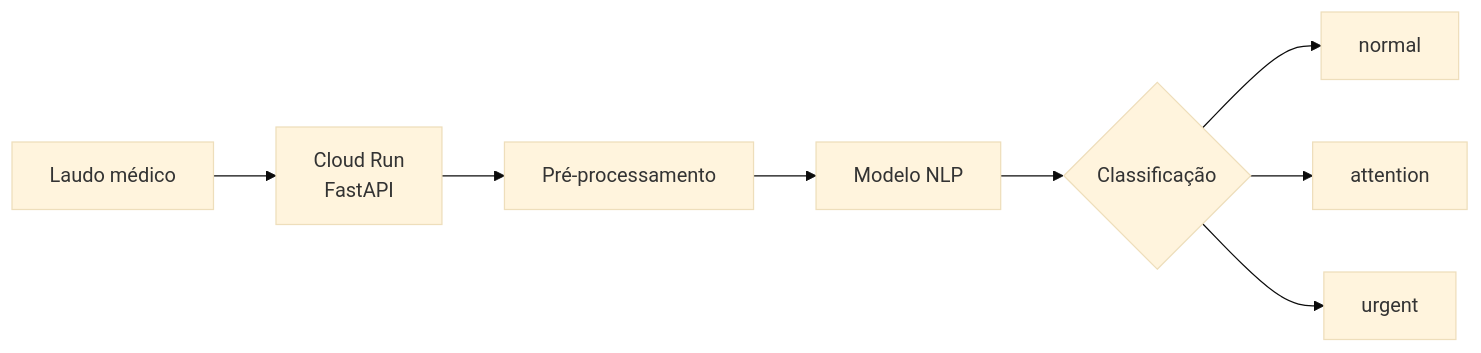
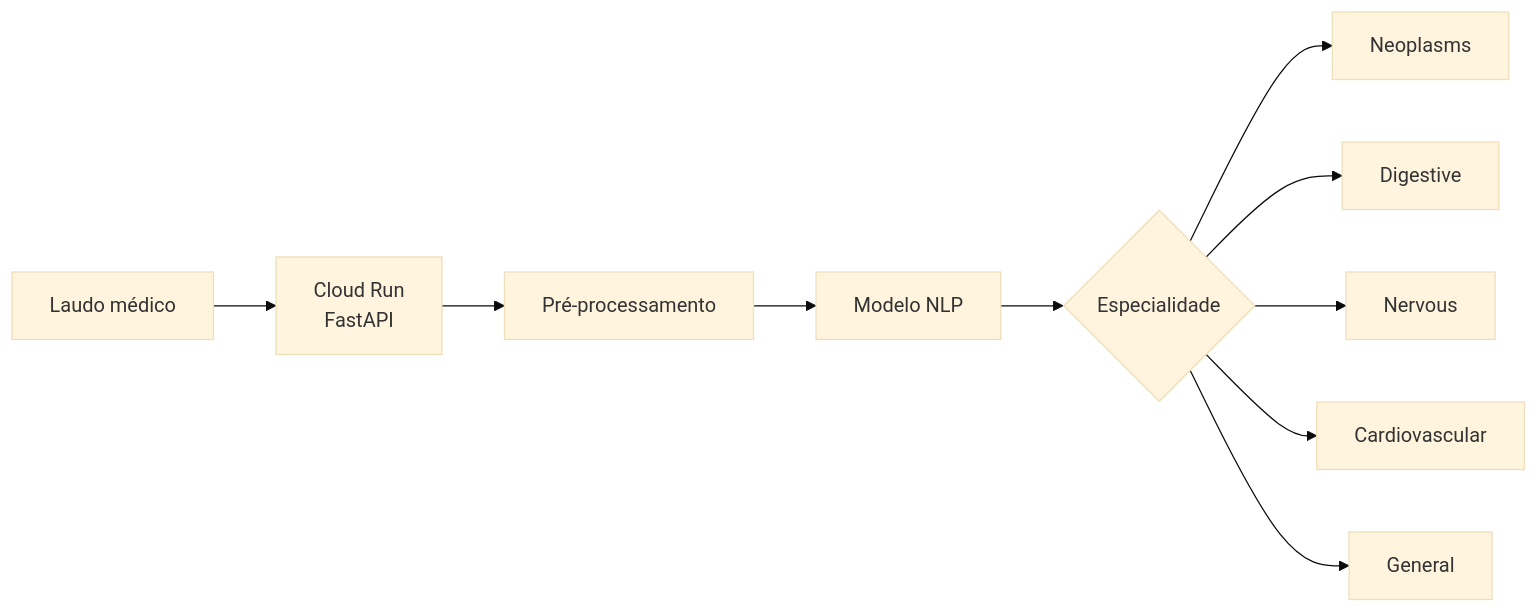
One commit to jessyca-machado/automated-text-exam-triage changed the first of 3 diagrams in README.md. Above: the diagram before and after it, drawn with Mermaid (base theme). The commit also changed other lines of this file and 1 other file, not shown here.

````diff
--- a/README.md
+++ b/README.md
@@ -33,10 +47,12 @@
 ```mermaid
 flowchart LR
     A[Laudo médico] --> B[Cloud Run<br/>FastAPI]
     B --> C[Pré-processamento]
     C --> D[Modelo NLP]
-    D --> E{Classificação}
-    E --> F[normal]
-    E --> G[attention]
-    E --> H[urgent]
+    D --> E{Especialidade}
+    E --> F[Neoplasms]
+    E --> G[Digestive]
+    E --> H[Nervous]
+    E --> I[Cardiovascular]
+    E --> J[General]
 ```
````
